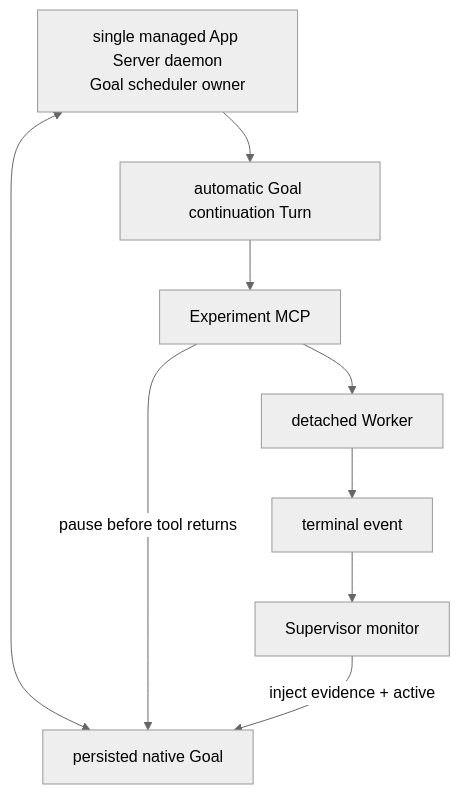
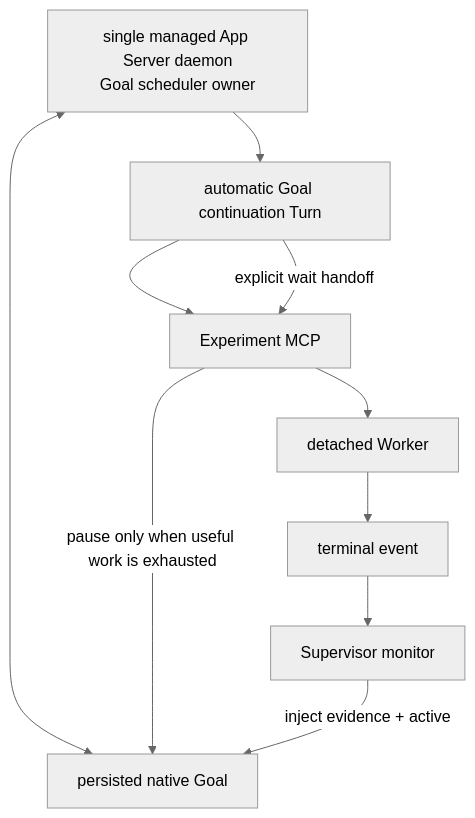
One commit to dollarser/codex-auto-research changed the first of 3 diagrams in docs/AUTO_RESEARCH_SUPERVISOR_SCHEDULER_DESIGN.md. Above: the diagram before and after it, drawn with Mermaid (neutral theme). The commit also changed other lines of this file and 8 other files, not shown here.

Commit message:
fix: allow goal work while experiments run

````diff
--- a/docs/AUTO_RESEARCH_SUPERVISOR_SCHEDULER_DESIGN.md
+++ b/docs/AUTO_RESEARCH_SUPERVISOR_SCHEDULER_DESIGN.md
@@ -19,17 +19,18 @@
 ```mermaid
 flowchart TD
     DAEMON["single managed App Server daemon<br/>Goal scheduler owner"]
     GOAL["persisted native Goal"]
     TURN["automatic Goal continuation Turn"]
     MCP["Experiment MCP"]
     WORKER["detached Worker"]
     EVENT["terminal event"]
     MONITOR["Supervisor monitor"]
 
     DAEMON <--> GOAL
     DAEMON --> TURN
     TURN --> MCP
-    MCP -->|"pause before tool returns"| GOAL
+    TURN -->|"explicit wait handoff"| MCP
+    MCP -->|"pause only when useful work is exhausted"| GOAL
     MCP --> WORKER --> EVENT --> MONITOR
     MONITOR -->|"inject evidence + active"| GOAL
 ```
````
